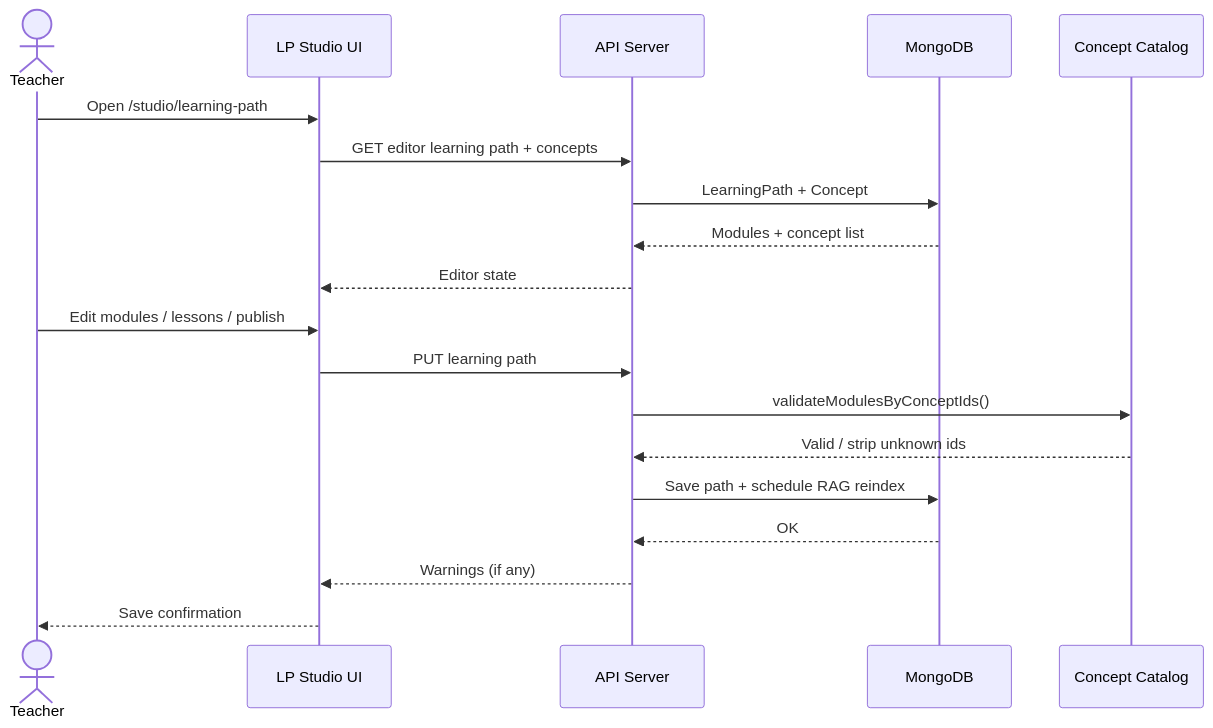
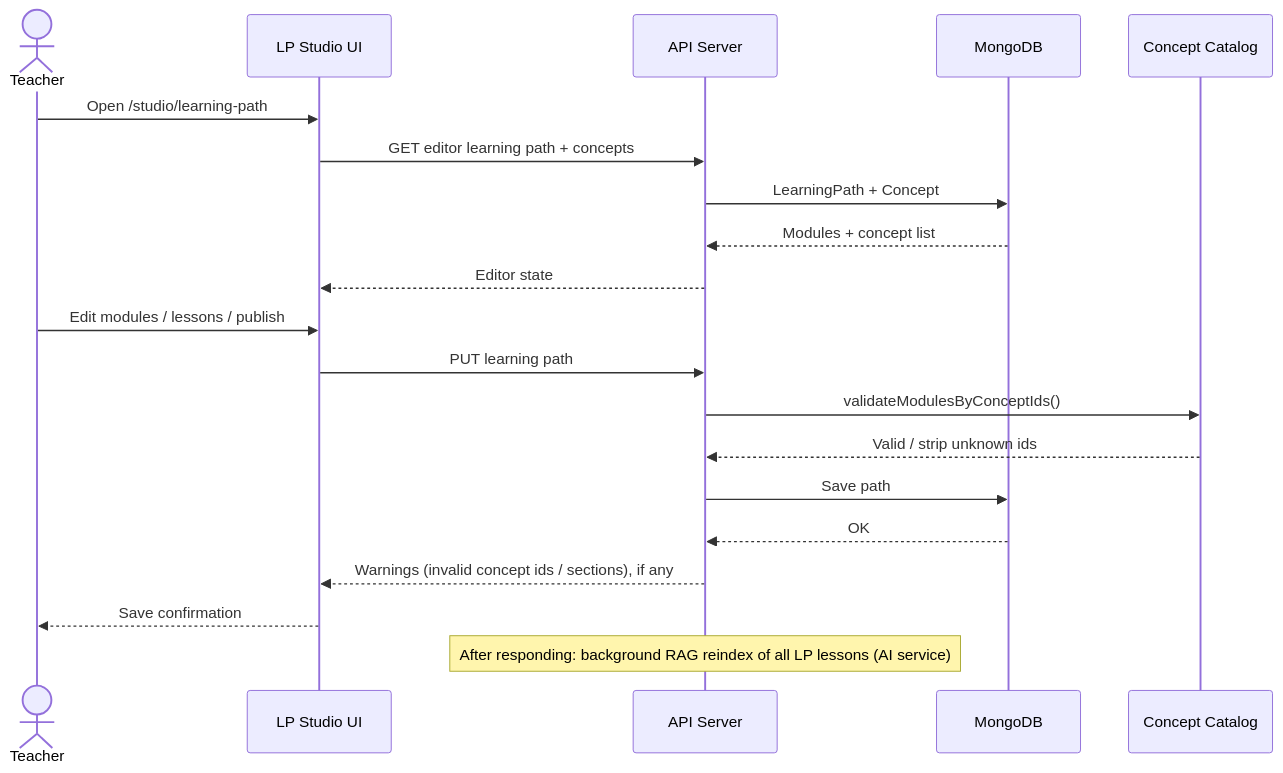
The tenth of 18 diagrams in docs/diagrams/sequence-diagrams-supplement.md (quangg1/ASTRO_EDU), drawn with Mermaid before and after one commit. The commit also changed other lines of this file and 31 other files, not shown here.

First line of the commit message:
docs(diagrams): align use case and sequence diagrams with the code

````diff
--- a/docs/diagrams/sequence-diagrams-supplement.md
+++ b/docs/diagrams/sequence-diagrams-supplement.md
@@ -226,22 +254,23 @@
 ```mermaid
 sequenceDiagram
     actor Teacher
     participant UI as LP Studio UI
     participant API as API Server
     participant DB as MongoDB
     participant Concepts as Concept Catalog
 
     Teacher->>UI: Open /studio/learning-path
     UI->>API: GET editor learning path + concepts
     API->>DB: LearningPath + Concept
     DB-->>API: Modules + concept list
     API-->>UI: Editor state
     Teacher->>UI: Edit modules / lessons / publish
     UI->>API: PUT learning path
     API->>Concepts: validateModulesByConceptIds()
     Concepts-->>API: Valid / strip unknown ids
-    API->>DB: Save path + schedule RAG reindex
+    API->>DB: Save path
     DB-->>API: OK
-    API-->>UI: Warnings (if any)
+    API-->>UI: Warnings (invalid concept ids / sections), if any
     UI-->>Teacher: Save confirmation
+    Note over API: After responding: background RAG reindex of all LP lessons (AI service)
 ```
````
